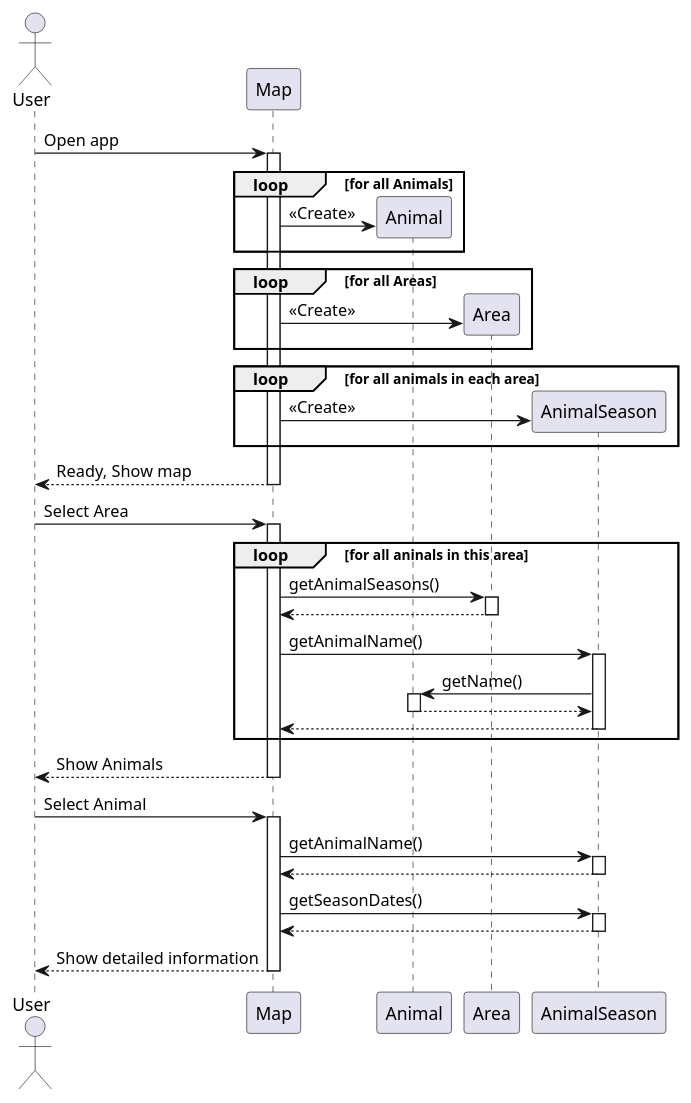
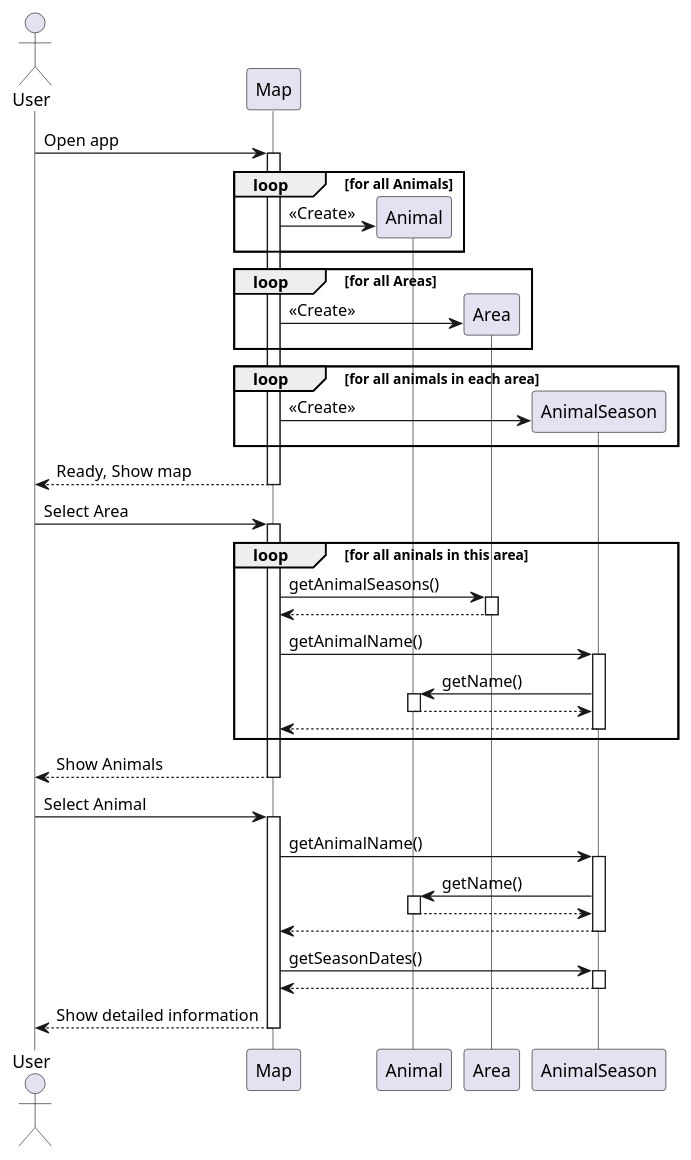
The diagram in Sequence Diagram.puml (h0dgep0dge/itsd6.349), drawn with PlantUML before and after one commit.

Commit message:
added missing method call, removed from old code

```diff
--- a/Sequence Diagram.puml
+++ b/Sequence Diagram.puml
@@ -1,45 +1,45 @@
 @startuml
+skinparam lifelineStrategy solid
 actor User
 
 User -> Map ++ : Open app
 loop for all Animals
     Map -> Animal ** : <<Create>>
-    'Animal --> Map'
 end
 
 loop for all Areas
     Map -> Area ** : <<Create>>
-    'Area --> Map'
 end
 
 loop for all animals in each area
     Map -> AnimalSeason ** : <<Create>>
-    'AnimalSeason --> Map'
 end
 
 return Ready, Show map
 
 User -> Map ++ : Select Area
 
     loop for all aninals in this area
         Map -> Area ++ : getAnimalSeasons()
         return
         Map -> AnimalSeason ++ : getAnimalName()
             AnimalSeason -> Animal ++ : getName()
             return
         return
     end
 
 return Show Animals
 
 User -> Map ++ : Select Animal
 
     Map -> AnimalSeason ++ : getAnimalName()
+        AnimalSeason -> Animal ++ : getName()
+        return
     return
     Map -> AnimalSeason ++ : getSeasonDates()
     return
 
 return Show detailed information
 
 
 @enduml
```
